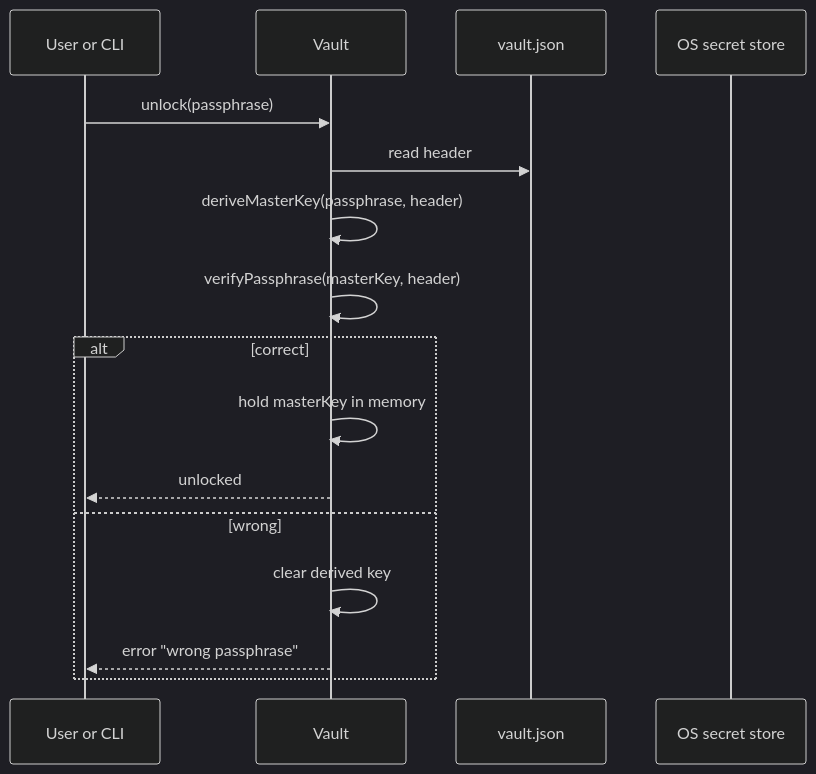
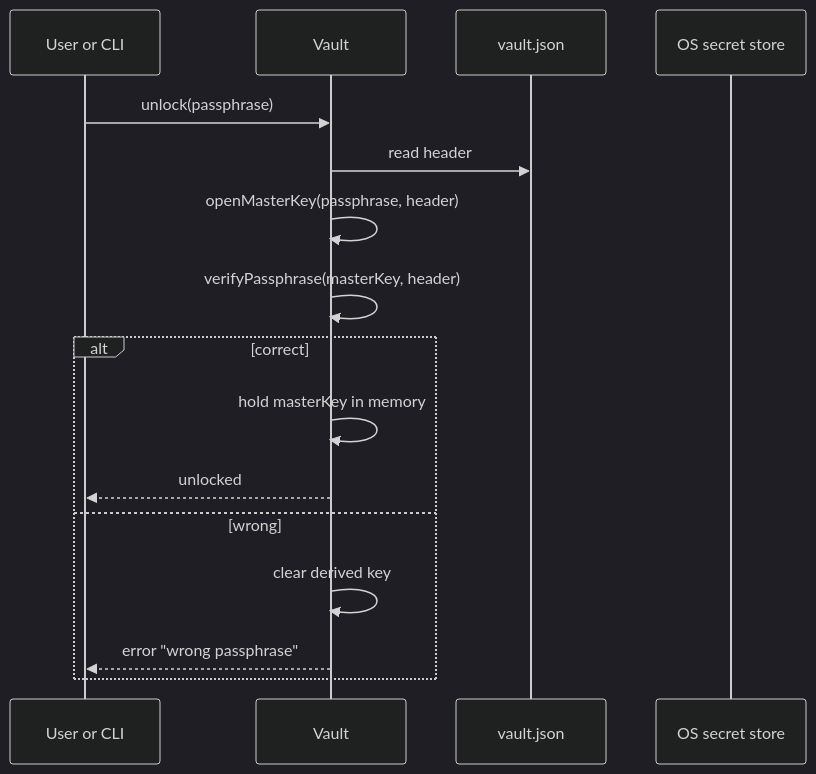
Before and after one commit to cadenh-dev/global.sct: the second of 3 diagrams in docs/storage-design.md, drawn with Mermaid (dark theme). The commit also changed other lines of this file and 10 other files, not shown here.

````diff
--- a/docs/storage-design.md
+++ b/docs/storage-design.md
@@ -278,18 +293,18 @@
 ```mermaid
 sequenceDiagram
   participant U as User or CLI
   participant V as Vault
   participant H as vault.json
   participant OS as OS secret store
   U->>V: unlock(passphrase)
   V->>H: read header
-  V->>V: deriveMasterKey(passphrase, header)
+  V->>V: openMasterKey(passphrase, header)
   V->>V: verifyPassphrase(masterKey, header)
   alt correct
     V->>V: hold masterKey in memory
     V-->>U: unlocked
   else wrong
     V->>V: clear derived key
     V-->>U: error "wrong passphrase"
   end
 ```
````
